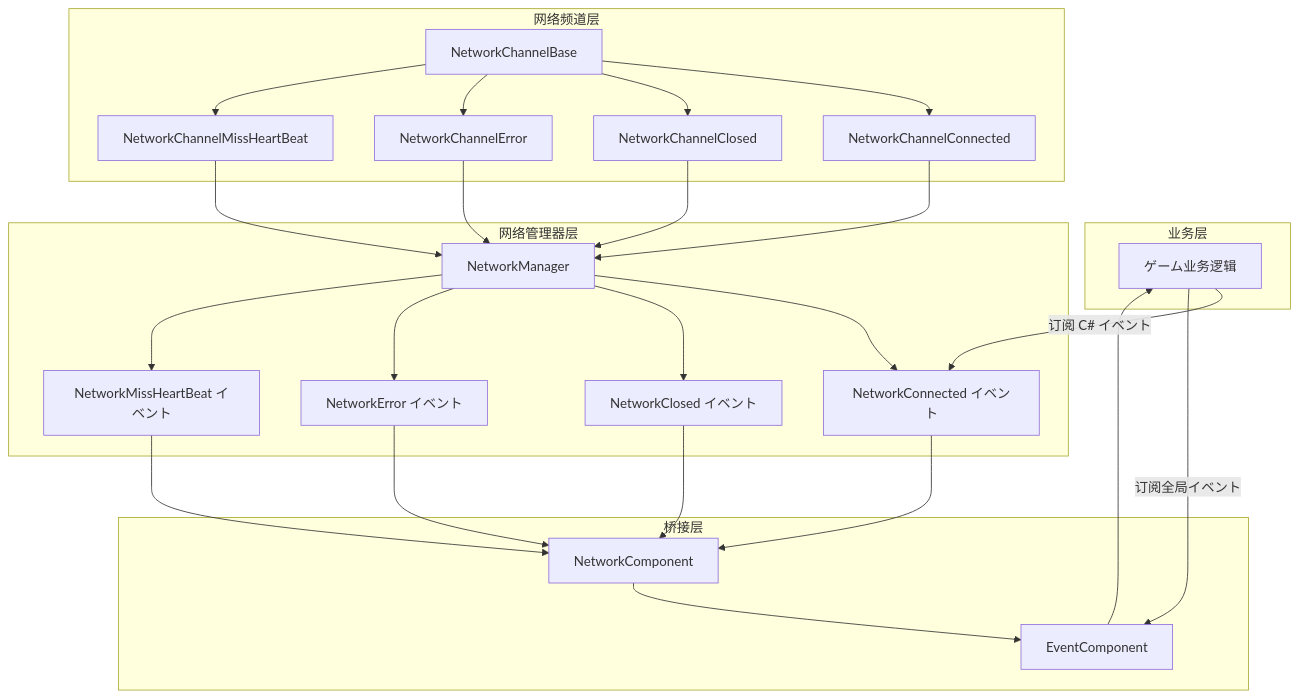
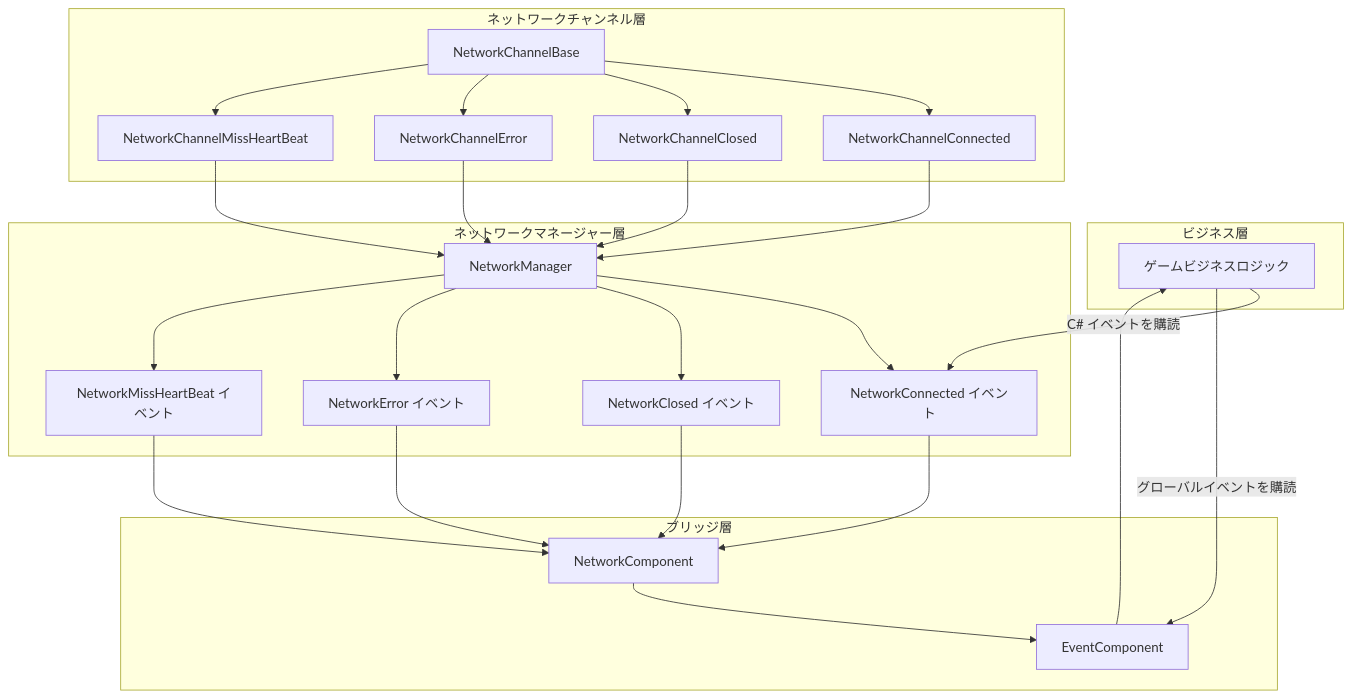
One commit to AlianBlank/GameFrameX.Docs changed the first of 2 diagrams in docs/ja/client/unity/component/network/08.events.md. Above: the diagram before and after it, drawn with Mermaid. The commit also changed other lines of this file and 320 other files, not shown here.

````diff
--- a/docs/ja/client/unity/component/network/08.events.md
+++ b/docs/ja/client/unity/component/network/08.events.md
@@ -19,53 +19,53 @@
 ```mermaid
 flowchart TD
-    subgraph External["业务层"]
-        GameLogic["ゲーム业务逻辑"]
+    subgraph External["ビジネス層"]
+        GameLogic["ゲームビジネスロジック"]
     end
 
-    subgraph NetworkChannel["网络频道层"]
+    subgraph NetworkChannel["ネットワークチャンネル層"]
         NCB[NetworkChannelBase]
         NCB_Connected["NetworkChannelConnected"]
         NCB_Closed["NetworkChannelClosed"]
         NCB_Error["NetworkChannelError"]
         NCB_MissHB["NetworkChannelMissHeartBeat"]
     end
 
-    subgraph NetworkManagerLayer["网络管理器层"]
+    subgraph NetworkManagerLayer["ネットワークマネージャー層"]
         NM[NetworkManager]
         NM_Connected["NetworkConnected イベント"]
         NM_Closed["NetworkClosed イベント"]
         NM_Error["NetworkError イベント"]
         NM_MissHB["NetworkMissHeartBeat イベント"]
     end
 
-    subgraph BridgeLayer["桥接层"]
+    subgraph BridgeLayer["ブリッジ層"]
         NC[NetworkComponent]
         EC[EventComponent]
     end
 
     NCB --> NCB_Connected
     NCB --> NCB_Closed
     NCB --> NCB_Error
     NCB --> NCB_MissHB
 
     NCB_Connected --> NM
     NCB_Closed --> NM
     NCB_Error --> NM
     NCB_MissHB --> NM
 
     NM --> NM_Connected
     NM --> NM_Closed
     NM --> NM_Error
     NM --> NM_MissHB
 
     NM_Connected --> NC
     NM_Closed --> NC
     NM_Error --> NC
     NM_MissHB --> NC
 
     NC --> EC
     EC --> GameLogic
 
-    GameLogic -->|"订阅 C# イベント"| NM_Connected
-    GameLogic -->|"订阅全局イベント"| EC
+    GameLogic -->|"C# イベントを購読"| NM_Connected
+    GameLogic -->|"グローバルイベントを購読"| EC
 ```
````
